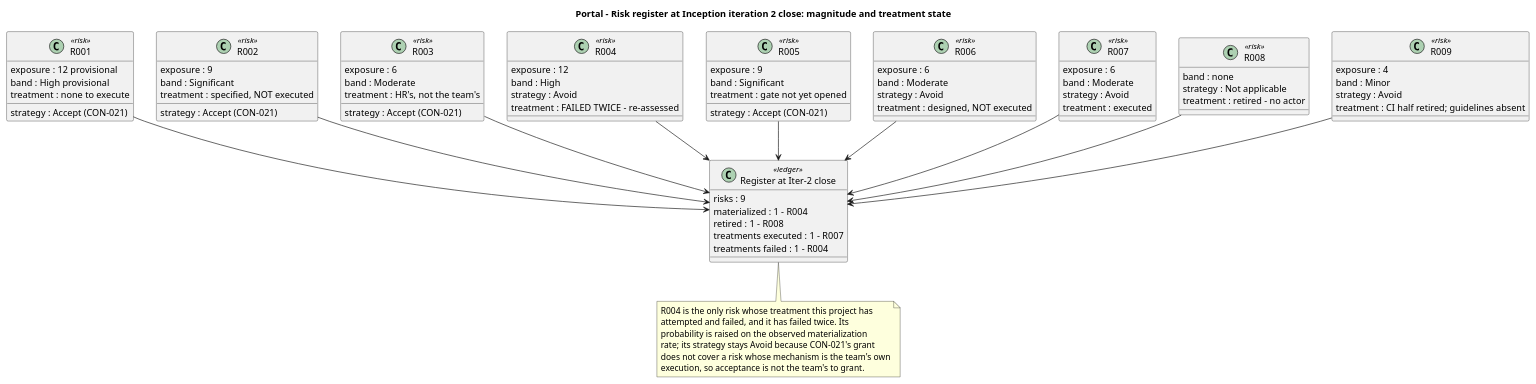
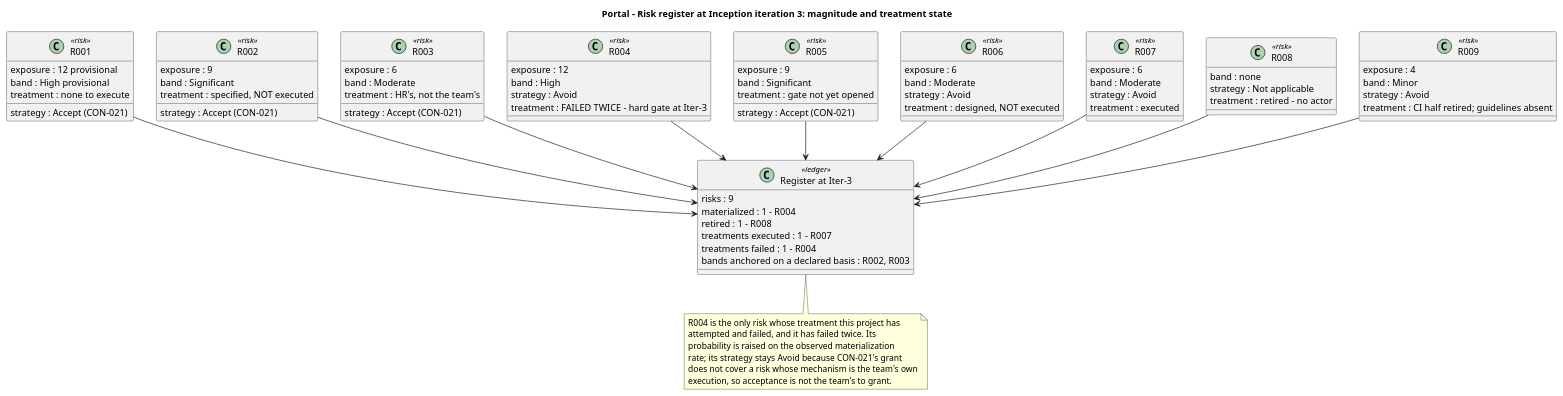
One commit to banense-test/portal changed the second of 4 diagrams in docs/artifacts/project-management/risk-list.md. Above: the diagram before and after it, drawn with PlantUML. The commit also changed other lines of this file, not shown here.

First line of the commit message:
Project Manager [I3]: upsert Risk List

````diff
--- a/docs/artifacts/project-management/risk-list.md
+++ b/docs/artifacts/project-management/risk-list.md
@@ -139,6 +138,6 @@
 ```plantuml
-@startuml RiskRegister_Iter2Close
-title Portal - Risk register at Inception iteration 2 close: magnitude and treatment state
+@startuml RiskRegister_Iter3
+title Portal - Risk register at Inception iteration 3: magnitude and treatment state
 skinparam classAttributeIconSize 0
 
 class "R001" as R1 <<risk>> {
@@ -163,7 +162,7 @@
   exposure : 12
   band : High
   strategy : Avoid
-  treatment : FAILED TWICE - re-assessed
+  treatment : FAILED TWICE - hard gate at Iter-3
 }
 class "R005" as R5 <<risk>> {
   exposure : 9
@@ -195,12 +194,13 @@
   treatment : CI half retired; guidelines absent
 }
 
-class "Register at Iter-2 close" as REG <<ledger>> {
+class "Register at Iter-3" as REG <<ledger>> {
   risks : 9
   materialized : 1 - R004
   retired : 1 - R008
   treatments executed : 1 - R007
   treatments failed : 1 - R004
+  bands anchored on a declared basis : R002, R003
 }
 R1 --> REG
 R2 --> REG
````
